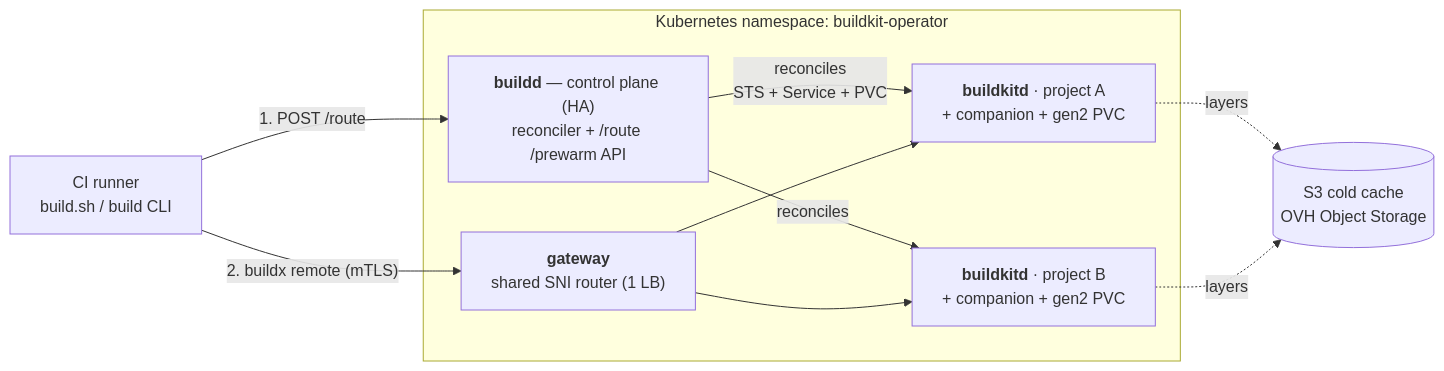
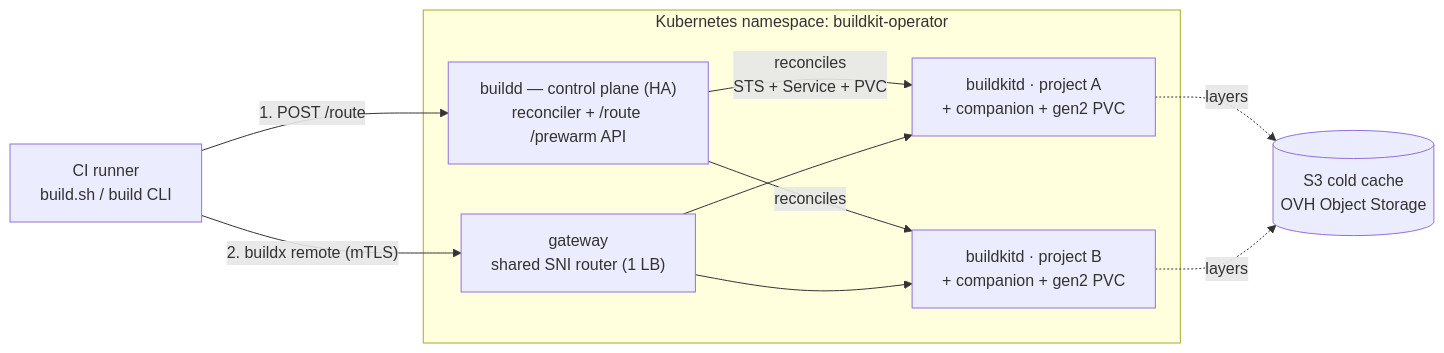
One commit to SocialGouv/buildkit-operator changed the first of 5 diagrams in README.md. Above: the diagram before and after it, drawn with Mermaid. The commit also changed other lines of this file and 3 other files, not shown here.

````diff
--- a/README.md
+++ b/README.md
@@ -53,19 +53,19 @@
 ```mermaid
 flowchart LR
     ci["CI runner<br/>build.sh / build CLI"]
     s3[("S3 cold cache<br/>OVH Object Storage")]
     subgraph ns["Kubernetes namespace: buildkit-operator"]
-        buildd["<b>buildd</b> — control plane (HA)<br/>reconciler + /route /prewarm API"]
-        gw["<b>gateway</b><br/>shared SNI router (1 LB)"]
-        da["<b>buildkitd</b> · project A<br/>+ companion + gen2 PVC"]
-        db["<b>buildkitd</b> · project B<br/>+ companion + gen2 PVC"]
+        buildd["buildd — control plane (HA)<br/>reconciler + /route /prewarm API"]
+        gw["gateway<br/>shared SNI router (1 LB)"]
+        da["buildkitd · project A<br/>+ companion + gen2 PVC"]
+        db["buildkitd · project B<br/>+ companion + gen2 PVC"]
         buildd -- "reconciles<br/>STS + Service + PVC" --> da
         buildd -- reconciles --> db
         gw --> da
         gw --> db
     end
     ci -- "1. POST /route" --> buildd
     ci -- "2. buildx remote (mTLS)" --> gw
     da -. "layers" .-> s3
     db -. "layers" .-> s3
 ```
````
